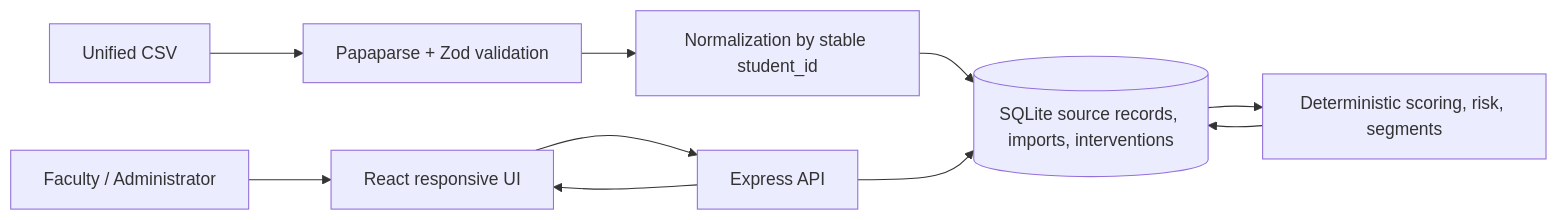
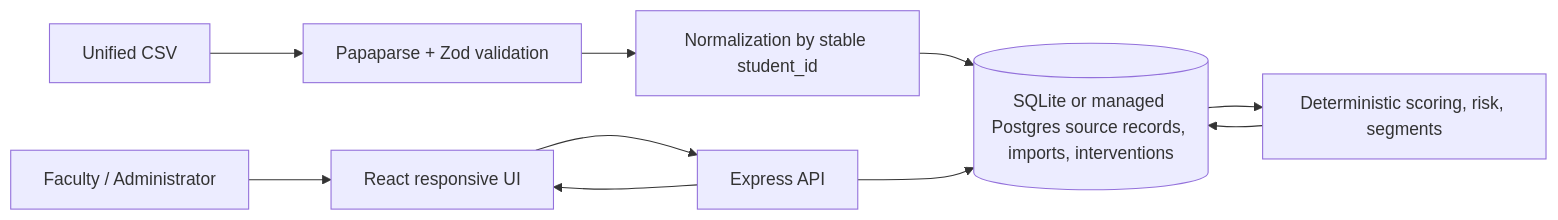
Before and after one commit to sailokesh1507/CampusIQ: the diagram in docs/architecture.md, drawn with Mermaid. The commit also changed other lines of this file and 15 other files, not shown here.

Commit message:
feat: add managed Postgres runtime adapter

````diff
--- a/docs/architecture.md
+++ b/docs/architecture.md
@@ -3,12 +3,12 @@
 ```mermaid
 flowchart LR
   U[Faculty / Administrator] --> UI[React responsive UI]
   UI --> API[Express API]
   CSV[Unified CSV] --> VAL[Papaparse + Zod validation]
   VAL --> NORM[Normalization by stable student_id]
-  NORM --> DB[(SQLite source records, imports, interventions)]
+   NORM --> DB[(SQLite or managed Postgres source records, imports, interventions)]
   API --> DB
   DB --> ANA[Deterministic scoring, risk, segments]
   ANA --> DB
   API --> UI
 ```
````
